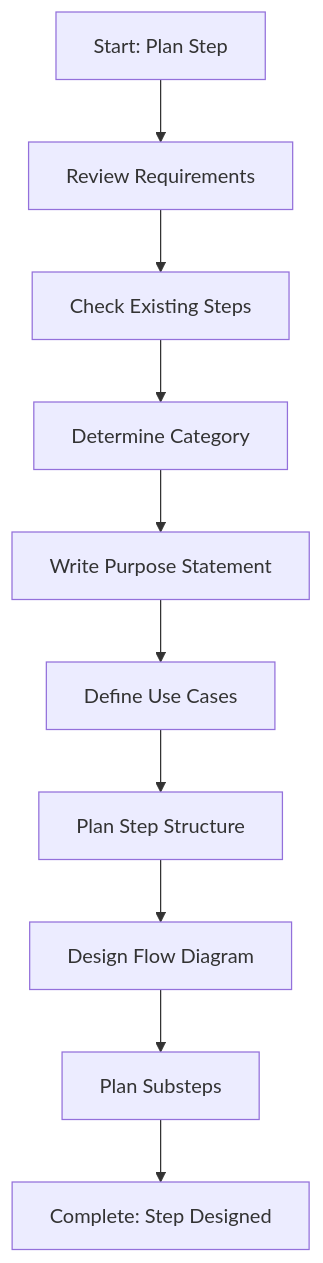
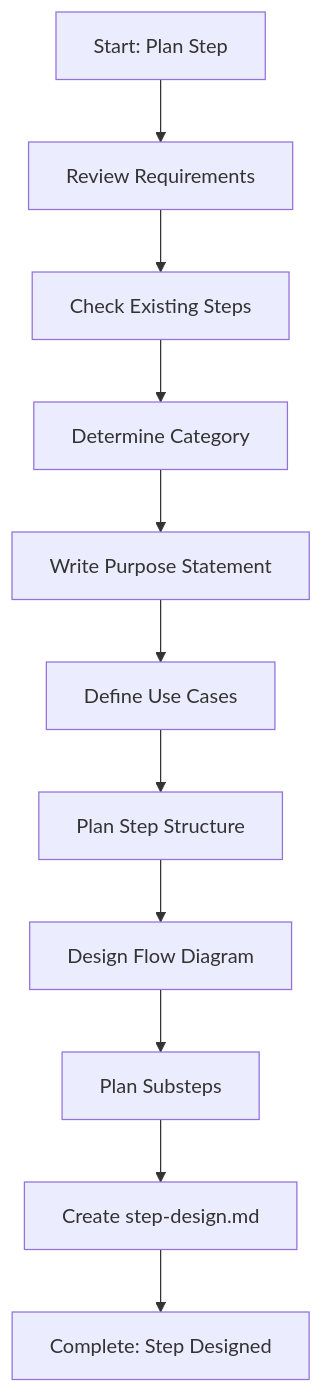
One commit to HMTools/agentic-processes changed the diagram in .processes/steps/template/plan-and-design-step.md. Above: the diagram before and after it, drawn with Mermaid. The commit also changed other lines of this file and 39 other files, not shown here.

First line of the commit message:
Refactors process framework for JSON-first architecture

````diff
--- a/.processes/steps/template/plan-and-design-step.md
+++ b/.processes/steps/template/plan-and-design-step.md
@@ -33,12 +33,13 @@
 ```mermaid
 flowchart TD
     A[Start: Plan Step] --> B[Review Requirements]
     B --> C[Check Existing Steps]
     C --> D[Determine Category]
     D --> E[Write Purpose Statement]
     E --> F[Define Use Cases]
     F --> G[Plan Step Structure]
     G --> H[Design Flow Diagram]
     H --> I[Plan Substeps]
-    I --> J[Complete: Step Designed]
+    I --> K[Create step-design.md]
+    K --> J[Complete: Step Designed]
 ```
````
